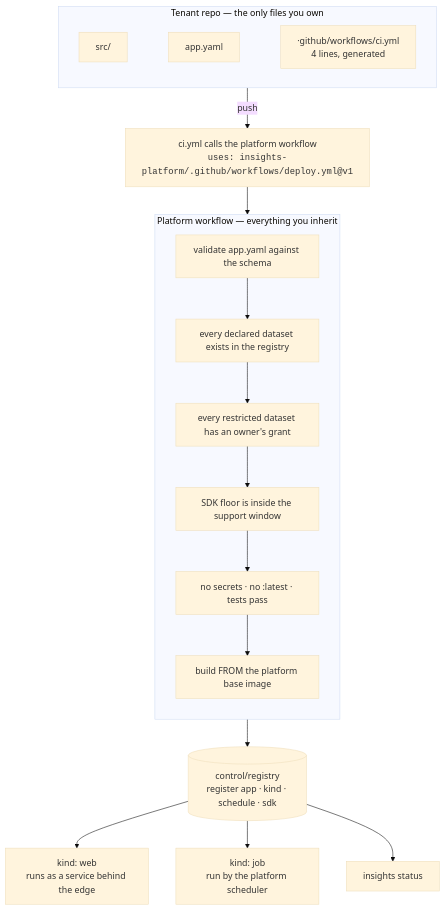
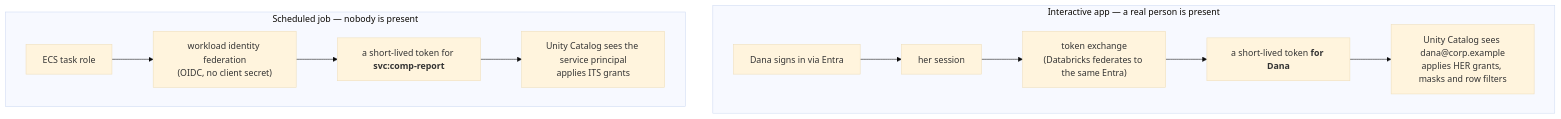
The fifth of 8 diagrams in docs/ARCHITECTURE.md (KRISHNABR/insights-platform), drawn with Mermaid (base theme) before and after one commit. The commit also changed other lines of this file and 12 other files, not shown here.

````diff
--- a/docs/ARCHITECTURE.md
+++ b/docs/ARCHITECTURE.md
@@ -37,25 +488,14 @@
 ```mermaid
 flowchart TB
-  subgraph TENANT["Tenant repo — the only files you own"]
-    direction LR
-    SRC["src/"] ~~~ MAN["app.yaml"] ~~~ CI["·github/workflows/ci.yml<br/>4 lines, generated"]
+  subgraph I["Interactive app — a real person is present"]
+    U["Dana signs in via Entra"] --> S["her session"]
+    S --> TE["token exchange<br/>(Databricks federates to the same Entra)"]
+    TE --> UT["a short-lived token <b>for Dana</b>"]
+    UT --> UC1["Unity Catalog sees dana@corp.example<br/>applies HER grants, masks and row filters"]
   end
-  TENANT -->|"push"| CI2["ci.yml calls the platform workflow<br/><code>uses: insights-platform/.github/workflows/deploy.yml@v1</code>"]
-  CI2 --> GATE
-
-  subgraph GATE["Platform workflow — everything you inherit"]
-    direction TB
-    V1["validate app.yaml against the schema"]
-    V2["every declared dataset exists in the registry"]
-    V3["every restricted dataset has an owner's grant"]
-    V4["SDK floor is inside the support window"]
-    V5["no secrets · no :latest · tests pass"]
-    V6["build FROM the platform base image"]
-    V1 --> V2 --> V3 --> V4 --> V5 --> V6
+  subgraph J["Scheduled job — nobody is present"]
+    TR["ECS task role"] --> WIF["workload identity federation<br/>(OIDC, no client secret)"]
+    WIF --> ST["a short-lived token for <b>svc:comp-report</b>"]
+    ST --> UC2["Unity Catalog sees the service principal<br/>applies ITS grants"]
   end
-
-  GATE --> REG[("control/registry<br/>register app · kind · schedule · sdk")]
-  REG --> WEB["kind: web<br/>runs as a service behind the edge"]
-  REG --> JOB["kind: job<br/>run by the platform scheduler"]
-  REG --> ST["insights status"]
 ```
````
